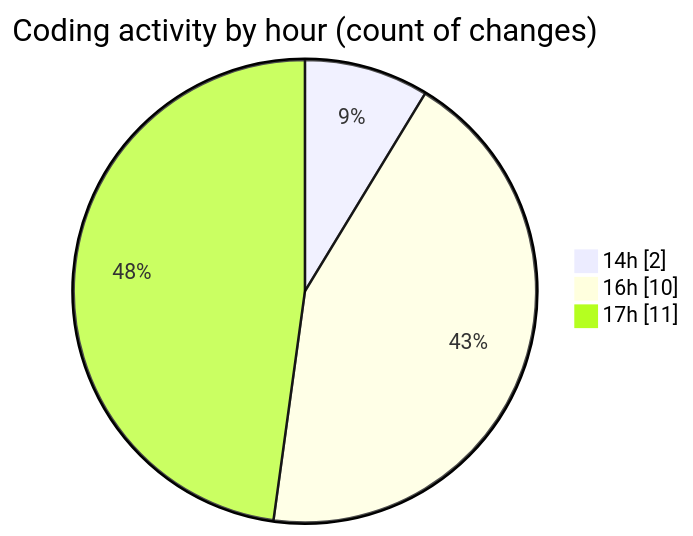
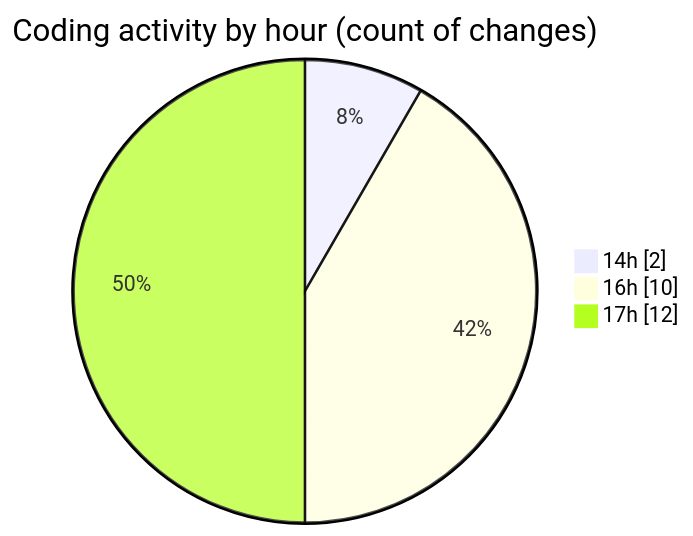
The second of 2 diagrams in 2025-06-18/scopesketch-app/README.md (Ritupan-Deka/code-tracking), drawn with Mermaid before and after one commit. The commit also changed other lines of this file and 1 other file, not shown here.

````diff
--- a/2025-06-18/scopesketch-app/README.md
+++ b/2025-06-18/scopesketch-app/README.md
@@ -41,7 +41,7 @@
 ```mermaid
 pie showData
 title Coding activity by hour (count of changes)
 "14h" : 2
 "16h" : 10
-"17h" : 11
+"17h" : 12
 ```
````
